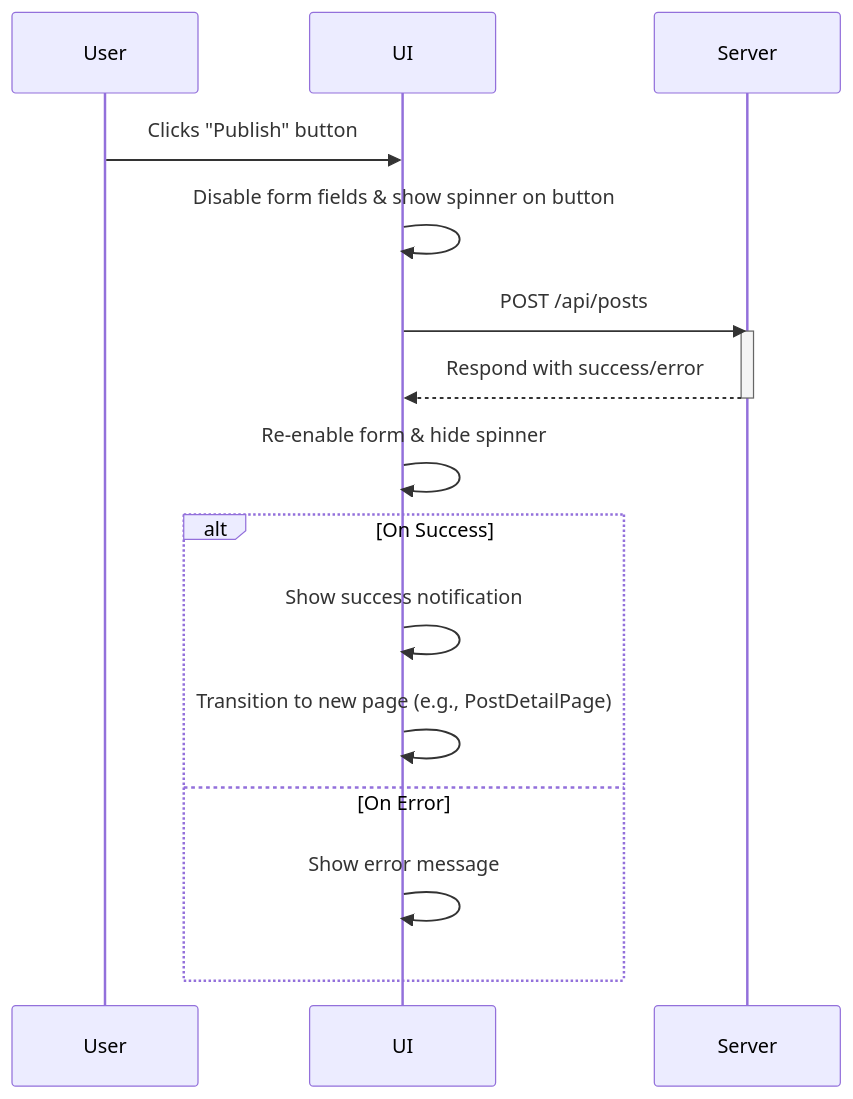
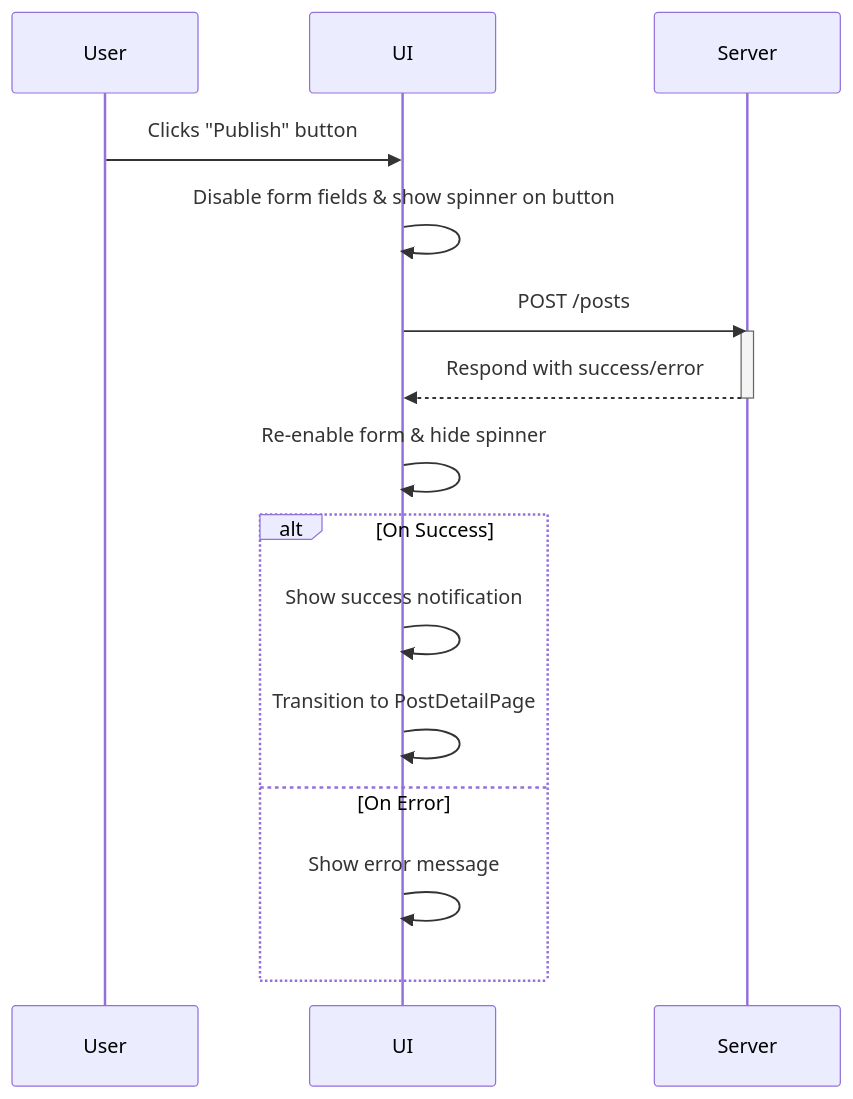
One commit to mnagatsuka/next-firebase-auth changed the third of 4 diagrams in docs/specifications/ui/page-transitions.md. Above: the diagram before and after it, drawn with Mermaid. The commit also changed other lines of this file and 109 other files, not shown here.

````diff
--- a/docs/specifications/ui/page-transitions.md
+++ b/docs/specifications/ui/page-transitions.md
@@ -79,20 +92,20 @@
 ```mermaid
 sequenceDiagram
     participant User
     participant UI
     participant Server
 
     User->>UI: Clicks "Publish" button
     UI->>UI: Disable form fields & show spinner on button
-    UI->>Server: POST /api/posts
+    UI->>Server: POST /posts
     activate Server
     Server-->>UI: Respond with success/error
     deactivate Server
     UI->>UI: Re-enable form & hide spinner
     alt On Success
         UI->>UI: Show success notification
-        UI->>UI: Transition to new page (e.g., PostDetailPage)
+        UI->>UI: Transition to PostDetailPage
     else On Error
         UI->>UI: Show error message
     end
 ```
````
